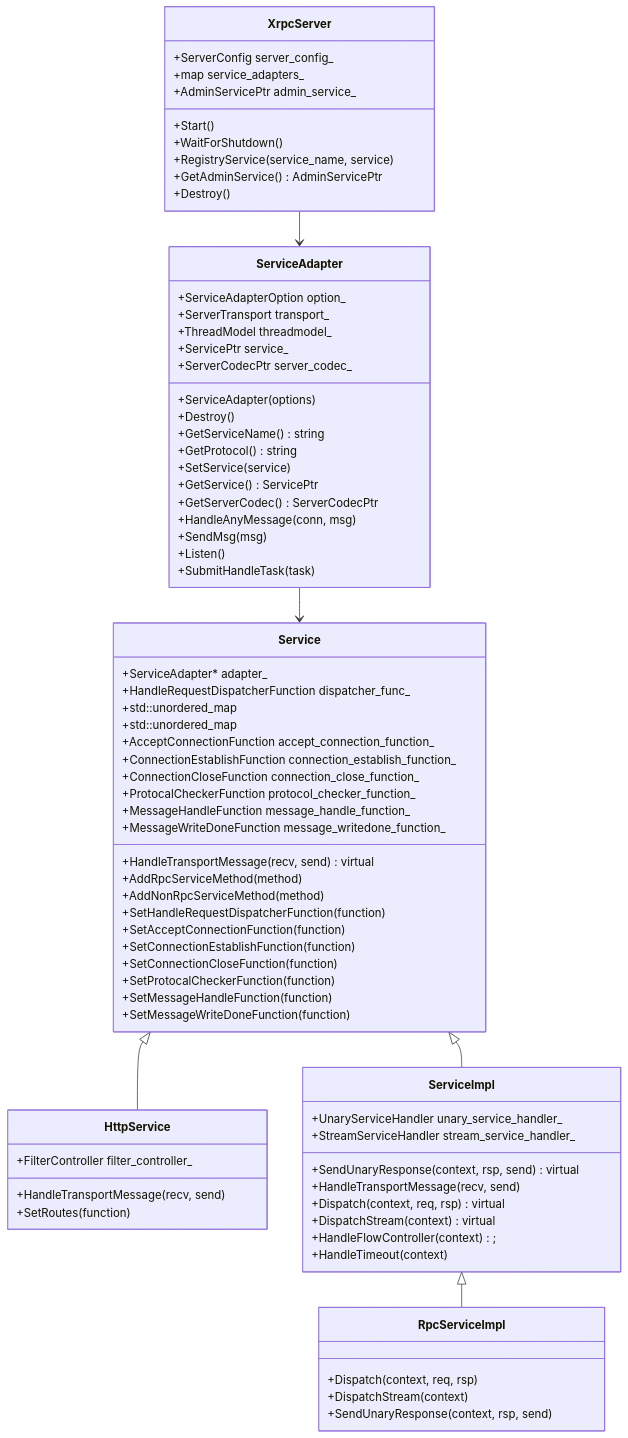
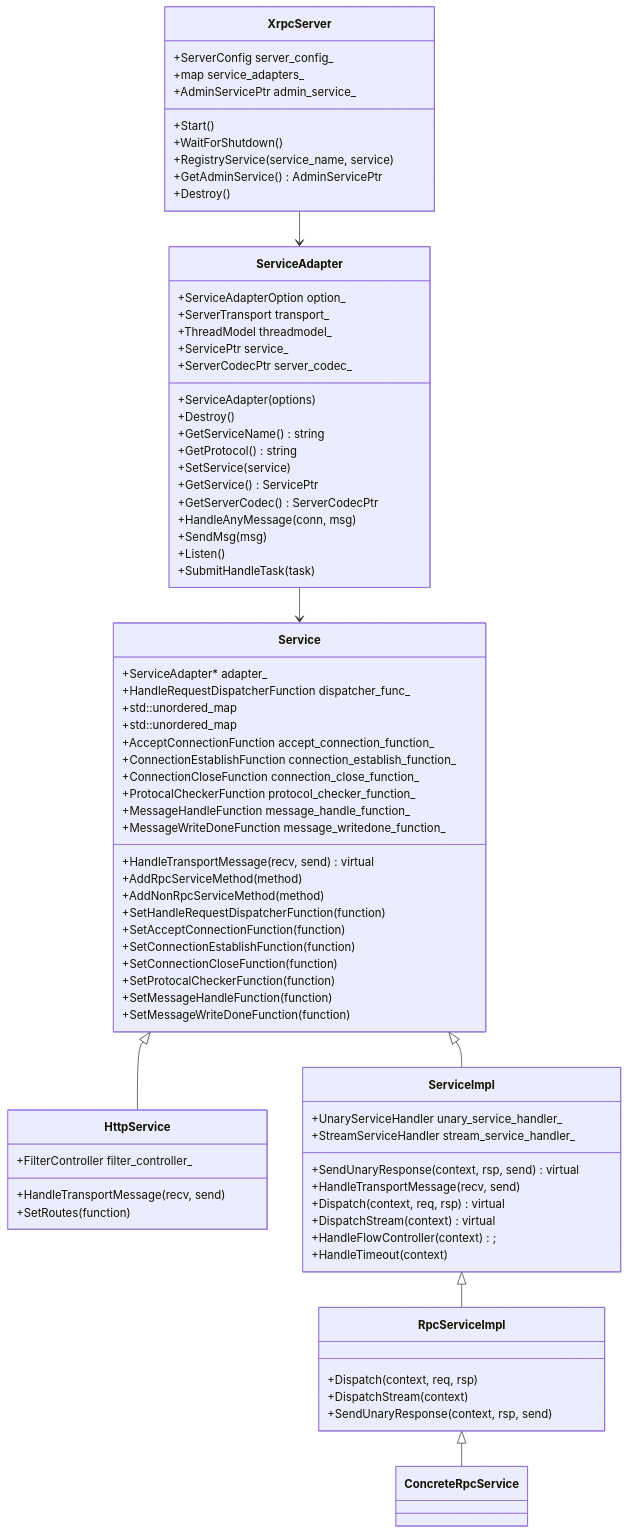
The diagram in posts/xrpc/xrpc-server/readme.md (lsj9383/blog), drawn with Mermaid before and after one commit. The commit also changed other lines of this file, not shown here.

```diff
--- a/posts/xrpc/xrpc-server/readme.md
+++ b/posts/xrpc/xrpc-server/readme.md
@@ -27,6 +32,7 @@
 Service <|-- HttpService
 Service <|-- ServiceImpl
 ServiceImpl <|-- RpcServiceImpl
+RpcServiceImpl <|-- ConcreteRpcService
 
 class XrpcServer {
   +ServerConfig server_config_
@@ -98,6 +104,10 @@
   +SendUnaryResponse(context, rsp, send)
 }
 
+class ConcreteRpcService {
+  
+}
+
 class HttpService {
   +FilterController filter_controller_
   +HandleTransportMessage(recv, send)
```
